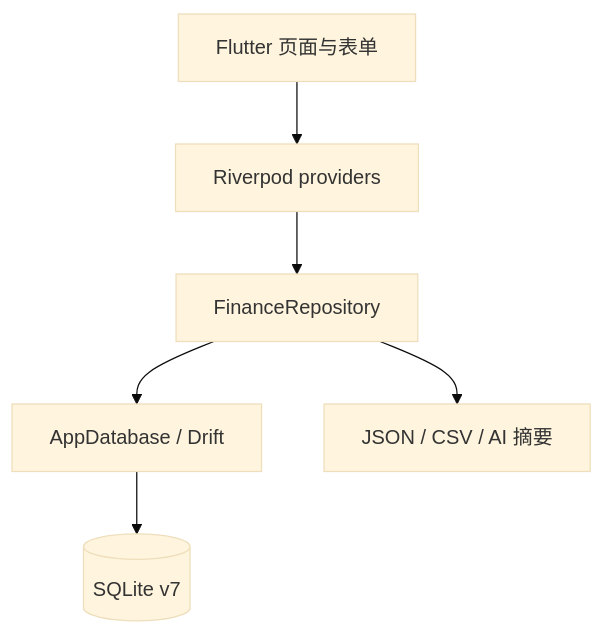
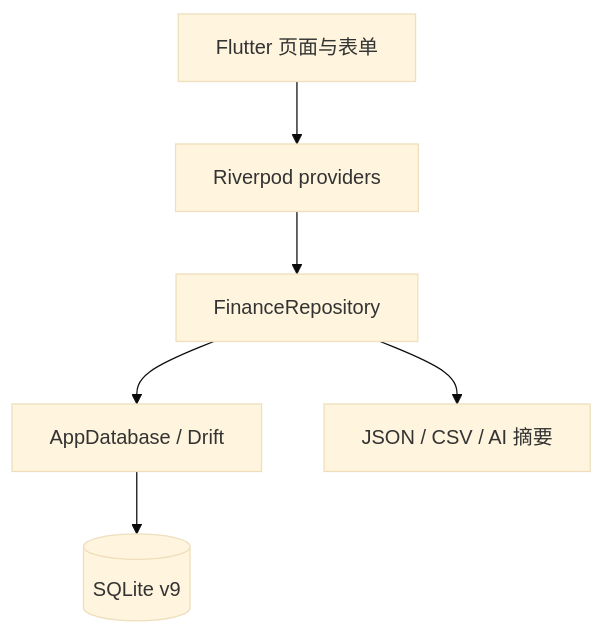
The diagram in docs/ARCHITECTURE.md (lawpowen/finance-compass-app), drawn with Mermaid (base theme) before and after one commit. The commit also changed other lines of this file and 64 other files, not shown here.

````diff
--- a/docs/ARCHITECTURE.md
+++ b/docs/ARCHITECTURE.md
@@ -12,8 +12,8 @@
 ```mermaid
 flowchart TD
   UI[Flutter 页面与表单] --> P[Riverpod providers]
   P --> R[FinanceRepository]
   R --> DB[AppDatabase / Drift]
-  DB --> SQL[(SQLite v7)]
+  DB --> SQL[(SQLite v9)]
   R --> E[JSON / CSV / AI 摘要]
 ```
````
